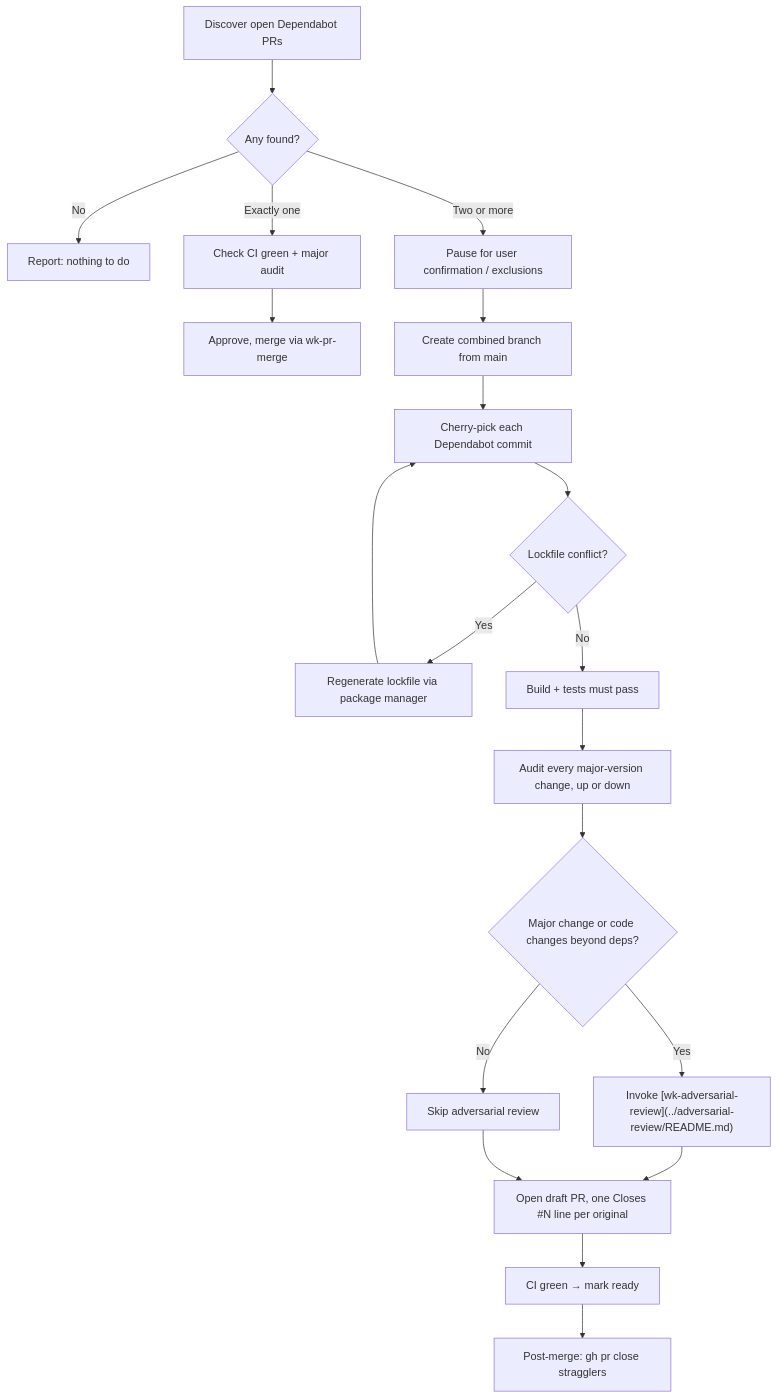
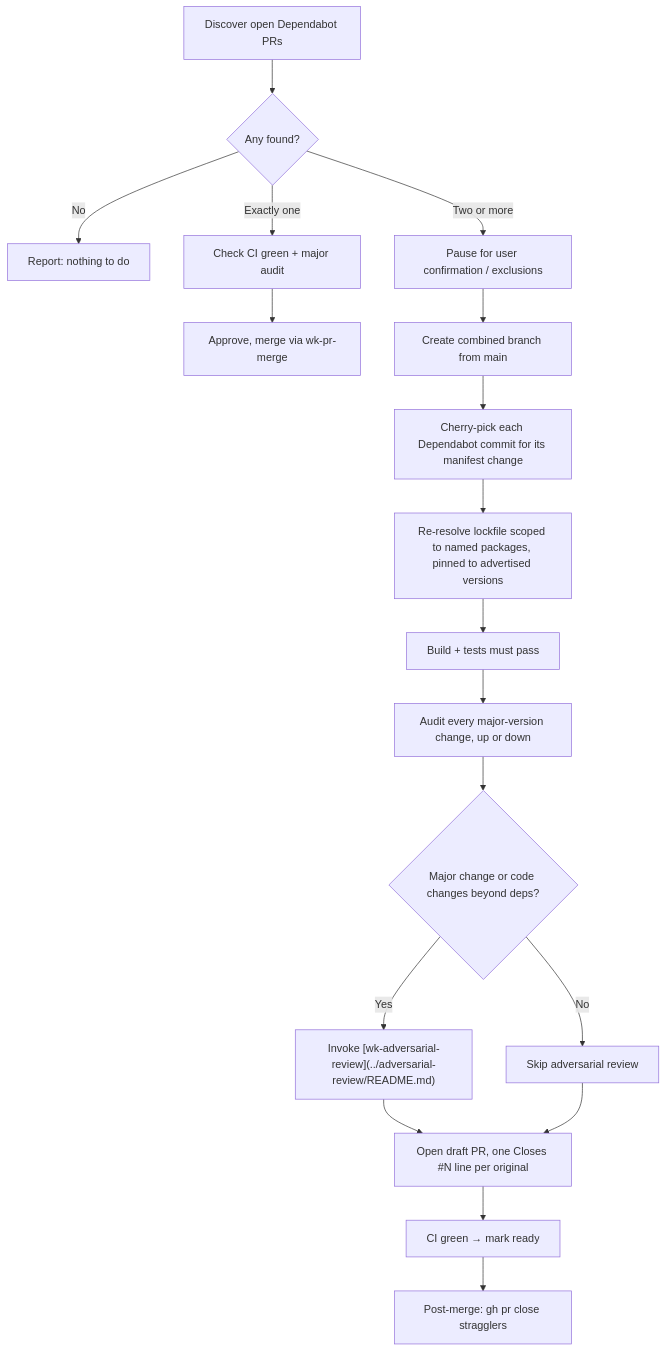
One commit to whizzzkid/skills changed the diagram in skills/renovate/README.md. Above: the diagram before and after it, drawn with Mermaid. The commit also changed other lines of this file and 3 other files, not shown here.

First line of the commit message:
feat(renovate): 🛡️ land only advertised bumps by re-resolving Dependabot lockfiles scoped and pinned

````diff
--- a/skills/renovate/README.md
+++ b/skills/renovate/README.md
@@ -25,22 +25,20 @@
 ```mermaid
 flowchart TD
     A[Discover open Dependabot PRs] --> B{Any found?}
     B -- No --> Z[Report: nothing to do]
     B -- Exactly one --> S1[Check CI green + major audit]
     S1 --> S2[Approve, merge via wk-pr-merge]
     B -- Two or more --> B2[Pause for user confirmation / exclusions]
     B2 --> C[Create combined branch from main]
-    C --> D[Cherry-pick each Dependabot commit]
-    D --> E{Lockfile conflict?}
-    E -- Yes --> F[Regenerate lockfile via package manager]
-    F --> D
-    E -- No --> G[Build + tests must pass]
+    C --> D[Cherry-pick each Dependabot commit for its manifest change]
+    D --> F[Re-resolve lockfile scoped to named packages, pinned to advertised versions]
+    F --> G[Build + tests must pass]
     G --> G2[Audit every major-version change, up or down]
     G2 --> H{Major change or code changes beyond deps?}
     H -- Yes --> I["Invoke [wk-adversarial-review](../adversarial-review/README.md)"]
     H -- No --> J[Skip adversarial review]
     I --> K[Open draft PR, one Closes #N line per original]
     J --> K
     K --> K2[CI green → mark ready]
     K2 --> L[Post-merge: gh pr close stragglers]
 ```
````
